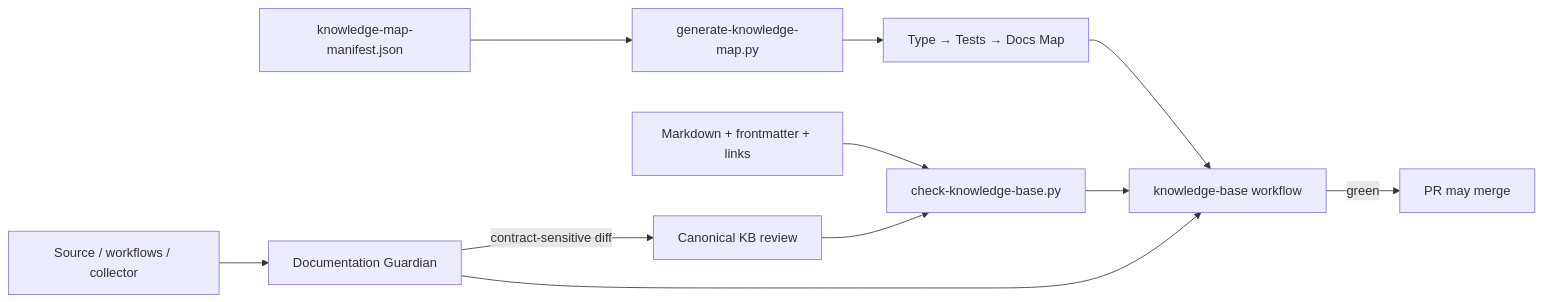
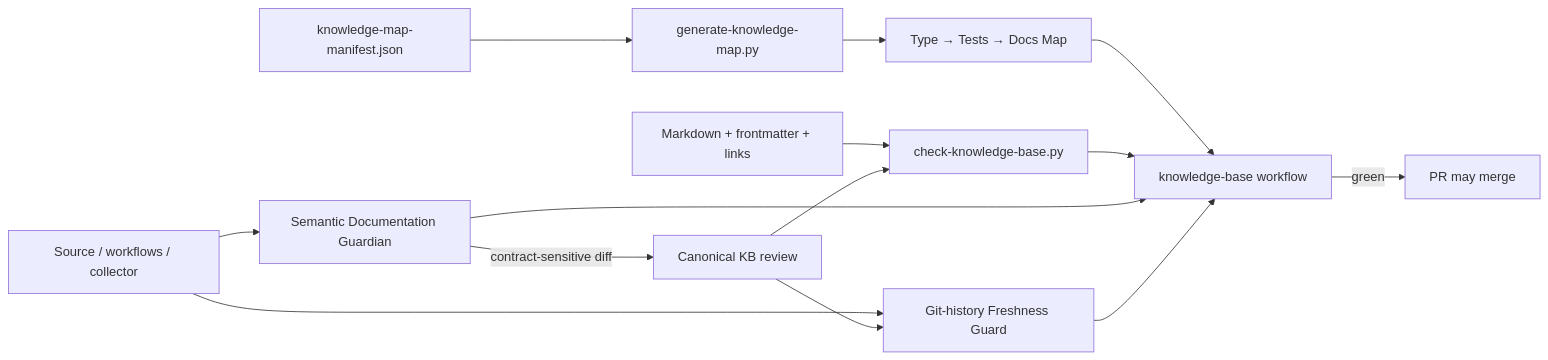
Before and after one commit to TumanovNV/impuls: the diagram in knowledge-base/INDEX.md, drawn with Mermaid. The commit also changed other lines of this file and 10 other files, not shown here.

Commit message:
docs: add knowledge freshness guard

````diff
--- a/knowledge-base/INDEX.md
+++ b/knowledge-base/INDEX.md
@@ -103,13 +103,16 @@
 ```mermaid
 flowchart LR
-    SRC[Source / workflows / collector] --> G[Documentation Guardian]
+    SRC[Source / workflows / collector] --> G[Semantic Documentation Guardian]
     G -->|contract-sensitive diff| DOC[Canonical KB review]
+    SRC --> F[Git-history Freshness Guard]
+    DOC --> F
     M[knowledge-map-manifest.json] --> GEN[generate-knowledge-map.py]
     GEN --> MAP[Type → Tests → Docs Map]
     KB[Markdown + frontmatter + links] --> CHECK[check-knowledge-base.py]
     DOC --> CHECK
     MAP --> CI[knowledge-base workflow]
     CHECK --> CI
     G --> CI
+    F --> CI
     CI -->|green| PR[PR may merge]
 ```
````
